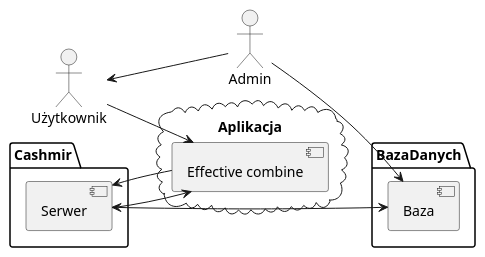
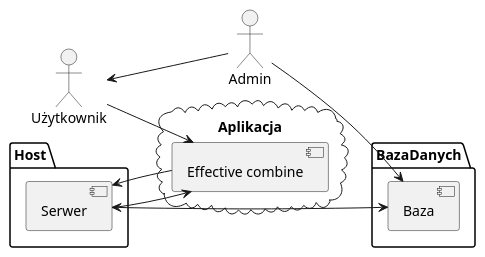
One commit to BurdalskiBartosz/effective-combine changed the diagram in docs/funkcjonalnosci/aplikacja/architektura.md. Above: the diagram before and after it, drawn with PlantUML. The commit also changed 3 other files, not shown here.

```diff
--- a/docs/funkcjonalnosci/aplikacja/architektura.md
+++ b/docs/funkcjonalnosci/aplikacja/architektura.md
@@ -5,25 +5,25 @@
 @startuml
 left to right direction
 
 cloud Aplikacja {
     component "Effective combine" as App
 }
 
-package Cashmir {
+package Host {
     component Serwer 
 }
 package BazaDanych {
     component Baza
 }
 
 actor Użytkownik
 actor Admin
 Użytkownik <-- Admin
 
 Użytkownik --> App
 Admin --> Baza
 
 App ---> Serwer
 Serwer ---> App
 Serwer <---> Baza
 @enduml
```
